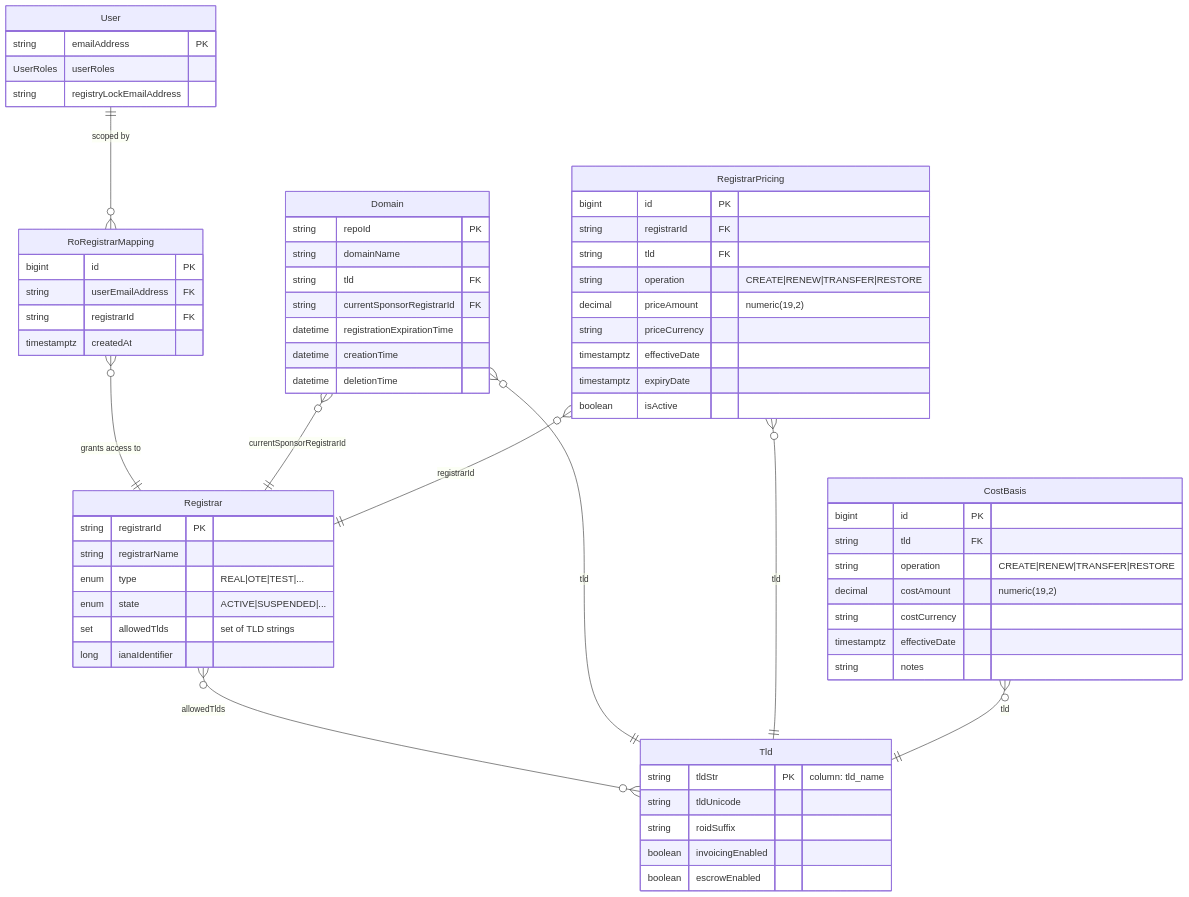
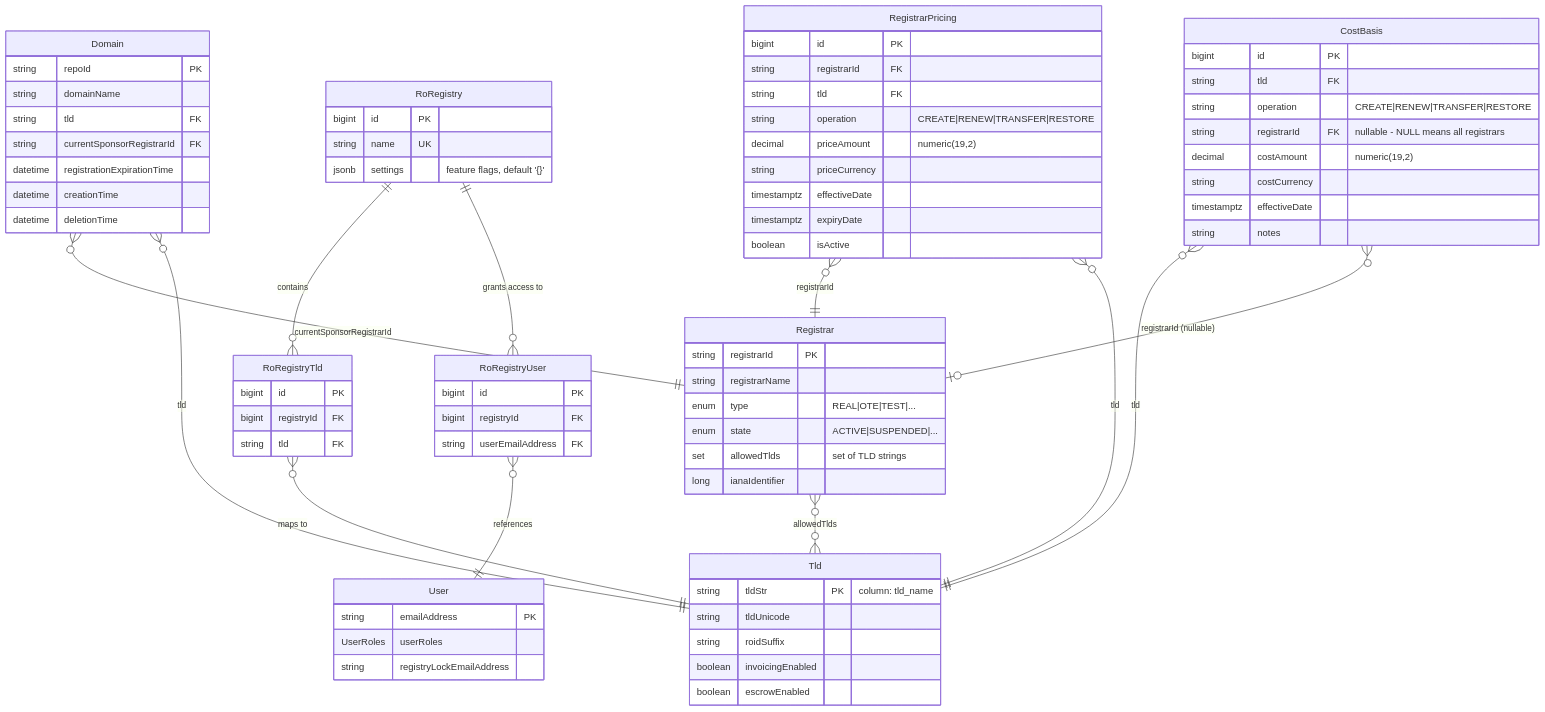
One commit to unstoppabledomains/nomulus changed the first of 6 diagrams in docs/registry-dash-data-model.md. Above: the diagram before and after it, drawn with Mermaid. The commit also changed other lines of this file and 1 other file, not shown here.

````diff
--- a/docs/registry-dash-data-model.md
+++ b/docs/registry-dash-data-model.md
@@ -11,25 +11,39 @@
 ```mermaid
 erDiagram
-    User ||--o{ RoRegistrarMapping : "scoped by"
-    RoRegistrarMapping }o--|| Registrar : "grants access to"
+    RoRegistry ||--o{ RoRegistryTld : "contains"
+    RoRegistry ||--o{ RoRegistryUser : "grants access to"
+    RoRegistryUser }o--|| User : "references"
+    RoRegistryTld }o--|| Tld : "maps to"
     Registrar }o--o{ Tld : "allowedTlds"
     Domain }o--|| Registrar : "currentSponsorRegistrarId"
     Domain }o--|| Tld : "tld"
     RegistrarPricing }o--|| Registrar : "registrarId"
     RegistrarPricing }o--|| Tld : "tld"
     CostBasis }o--|| Tld : "tld"
+    CostBasis }o--o| Registrar : "registrarId (nullable)"
+
+    RoRegistry {
+        bigint id PK
+        string name UK
+        jsonb settings "feature flags, default '{}'"
+    }
+
+    RoRegistryTld {
+        bigint id PK
+        bigint registryId FK
+        string tld FK
+    }
+
+    RoRegistryUser {
+        bigint id PK
+        bigint registryId FK
+        string userEmailAddress FK
+    }
 
     User {
         string emailAddress PK
         UserRoles userRoles
         string registryLockEmailAddress
-    }
-
-    RoRegistrarMapping {
-        bigint id PK
-        string userEmailAddress FK
-        string registrarId FK
-        timestamptz createdAt
     }
 
     Registrar {
@@ -75,6 +89,7 @@
         bigint id PK
         string tld FK
         string operation "CREATE|RENEW|TRANSFER|RESTORE"
+        string registrarId FK "nullable - NULL means all registrars"
         decimal costAmount "numeric(19,2)"
         string costCurrency
         timestamptz effectiveDate
````
